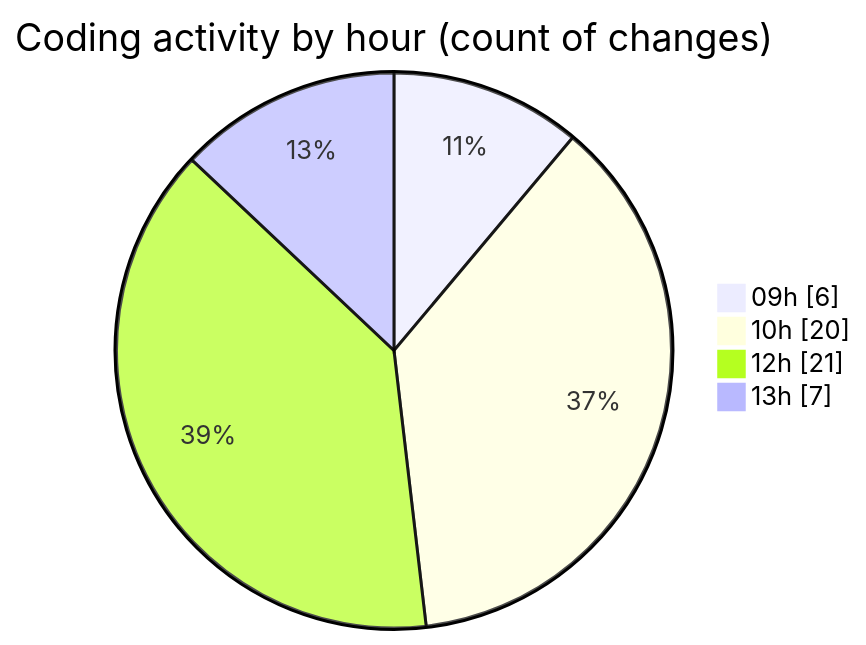
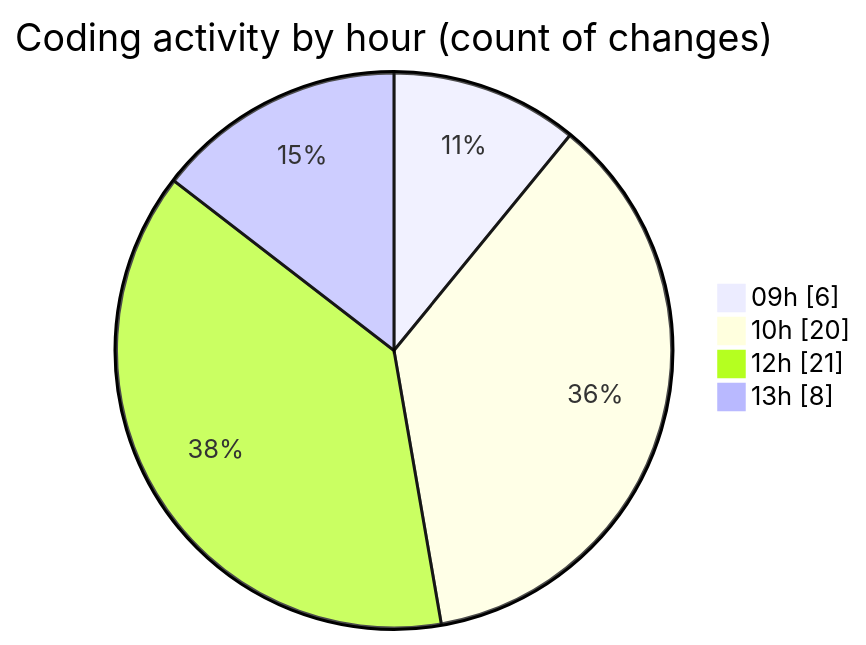
One commit to becaeroporto-bot/code-tracking changed the second of 2 diagrams in 2026-02-18/bot_v1_2/README.md. Above: the diagram before and after it, drawn with Mermaid. The commit also changed other lines of this file and 1 other file, not shown here.

````diff
--- a/2026-02-18/bot_v1_2/README.md
+++ b/2026-02-18/bot_v1_2/README.md
@@ -55,8 +55,8 @@
 ```mermaid
 pie showData
 title Coding activity by hour (count of changes)
 "09h" : 6
 "10h" : 20
 "12h" : 21
-"13h" : 7
+"13h" : 8
 ```
````
